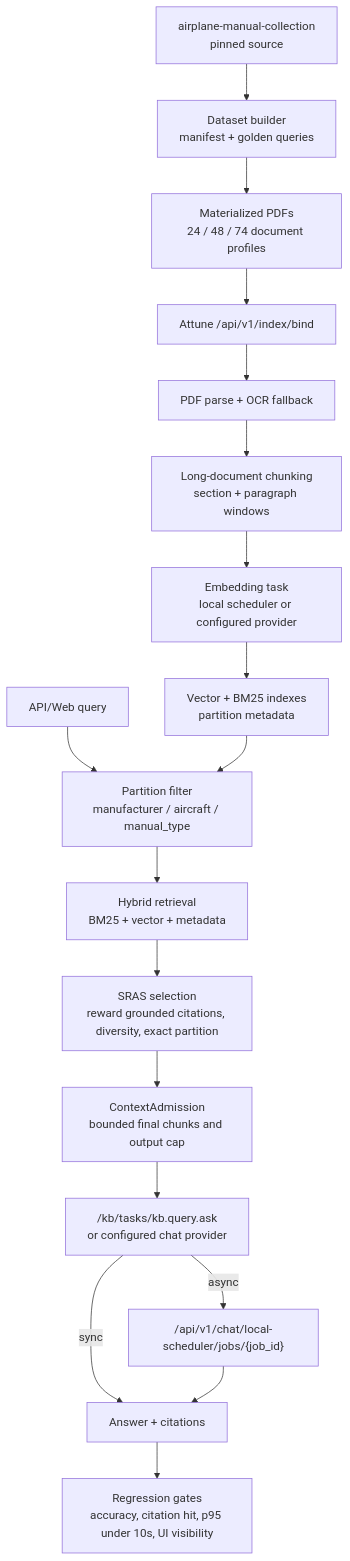
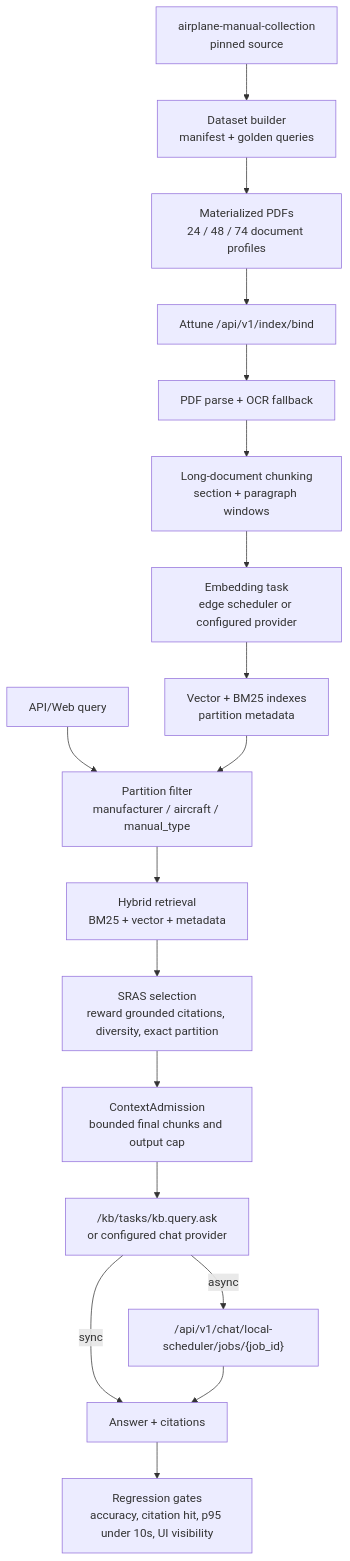
One commit to qiurui144/attune changed the diagram in docs/benchmarks/2026-07-08-airplane-manual-longtext-kb-dataset.md. Above: the diagram before and after it, drawn with Mermaid. The commit also changed other lines of this file and 23 other files, not shown here.

Commit message:
feat(attune): harden long-text edge scheduler e2e

````diff
--- a/docs/benchmarks/2026-07-08-airplane-manual-longtext-kb-dataset.md
+++ b/docs/benchmarks/2026-07-08-airplane-manual-longtext-kb-dataset.md
@@ -62,28 +62,28 @@
 ```mermaid
 flowchart TD
   Repo["airplane-manual-collection<br/>pinned source"]
   Builder["Dataset builder<br/>manifest + golden queries"]
   Pdfs["Materialized PDFs<br/>24 / 48 / 74 document profiles"]
   Bind["Attune /api/v1/index/bind"]
   Parse["PDF parse + OCR fallback"]
   Chunk["Long-document chunking<br/>section + paragraph windows"]
-  Embed["Embedding task<br/>local scheduler or configured provider"]
+  Embed["Embedding task<br/>edge scheduler or configured provider"]
   Index["Vector + BM25 indexes<br/>partition metadata"]
 
   Query["API/Web query"]
   Partition["Partition filter<br/>manufacturer / aircraft / manual_type"]
   Hybrid["Hybrid retrieval<br/>BM25 + vector + metadata"]
   SRAS["SRAS selection<br/>reward grounded citations, diversity, exact partition"]
   Admission["ContextAdmission<br/>bounded final chunks and output cap"]
   Ask["/kb/tasks/kb.query.ask<br/>or configured chat provider"]
   Jobs["/api/v1/chat/local-scheduler/jobs/{job_id}"]
   Answer["Answer + citations"]
   Gates["Regression gates<br/>accuracy, citation hit, p95 under 10s, UI visibility"]
 
   Repo --> Builder --> Pdfs --> Bind --> Parse --> Chunk --> Embed --> Index
   Query --> Partition --> Hybrid --> SRAS --> Admission --> Ask
   Index --> Partition
   Ask -->|sync| Answer
   Ask -->|async| Jobs --> Answer
   Answer --> Gates
 ```
````
